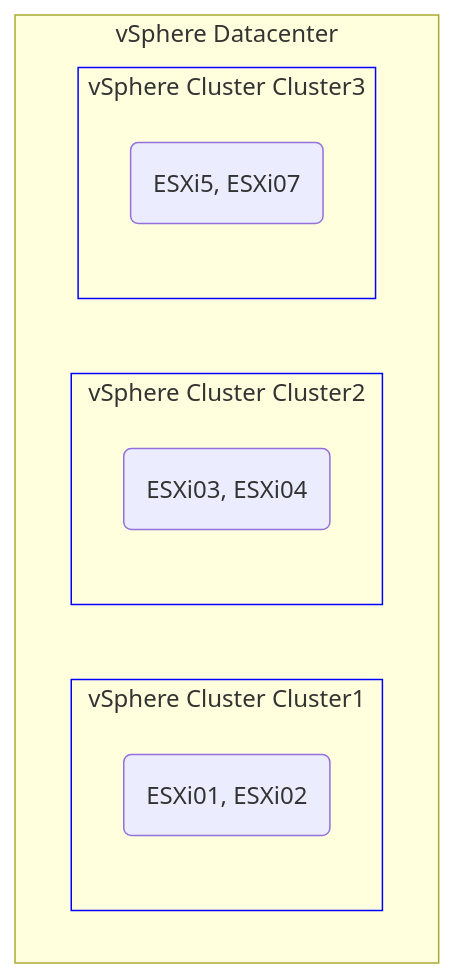
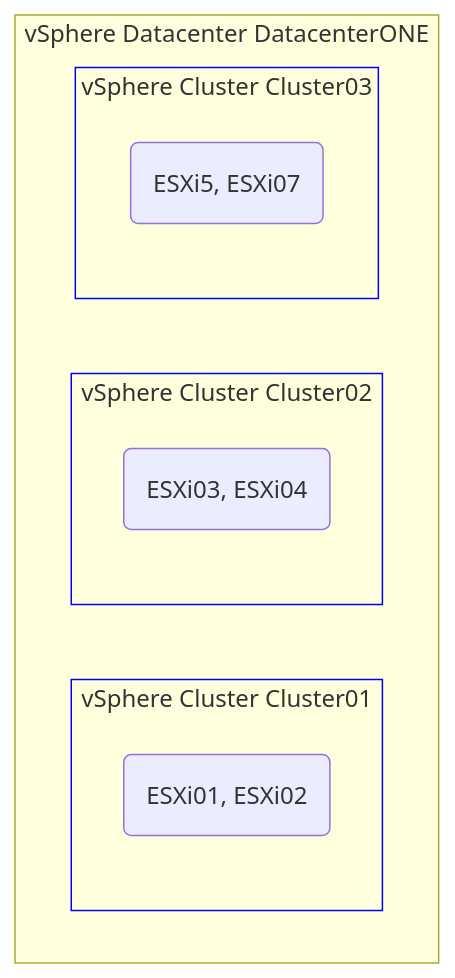
The diagram in README.md (rafaelurrutiasilva/visualization-as-code-with-mermaid.js), drawn with Mermaid before and after one commit. The commit also changed other lines of this file, not shown here.

````diff
--- a/README.md
+++ b/README.md
@@ -35,17 +39,17 @@
 ```mermaid
 flowchart TD;
-    subgraph Datacenter [vSphere Datacenter <datacenterName>]
-        subgraph Cluster1 [vSphere Cluster Cluster1]
+    subgraph Datacenter [vSphere Datacenter DatacenterONE]
+        subgraph Cluster1 [vSphere Cluster Cluster01]
             cluster-Cluster1(ESXi01, ESXi02)
             style Cluster1 stroke:blue, stroke-width:1px
         end
-        subgraph Cluster2 [vSphere Cluster Cluster2]
+        subgraph Cluster2 [vSphere Cluster Cluster02]
             cluster-Cluster2(ESXi03, ESXi04)
             style Cluster2 stroke:blue, stroke-width:1px
         end
-        subgraph Cluster3 [vSphere Cluster Cluster3]
+        subgraph Cluster3 [vSphere Cluster Cluster03]
             cluster-Cluster3(ESXi5, ESXi07)
             style Cluster3 stroke:blue, stroke-width:1px
         end
     end
 ```
````
